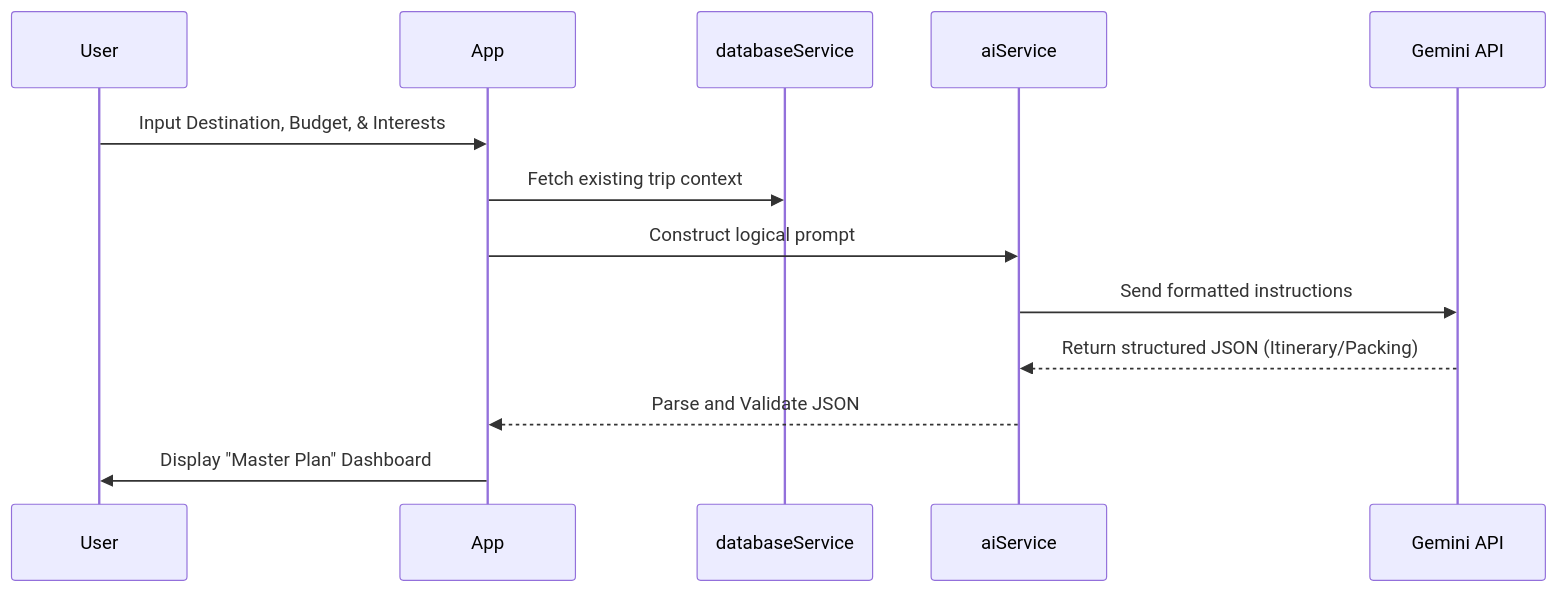
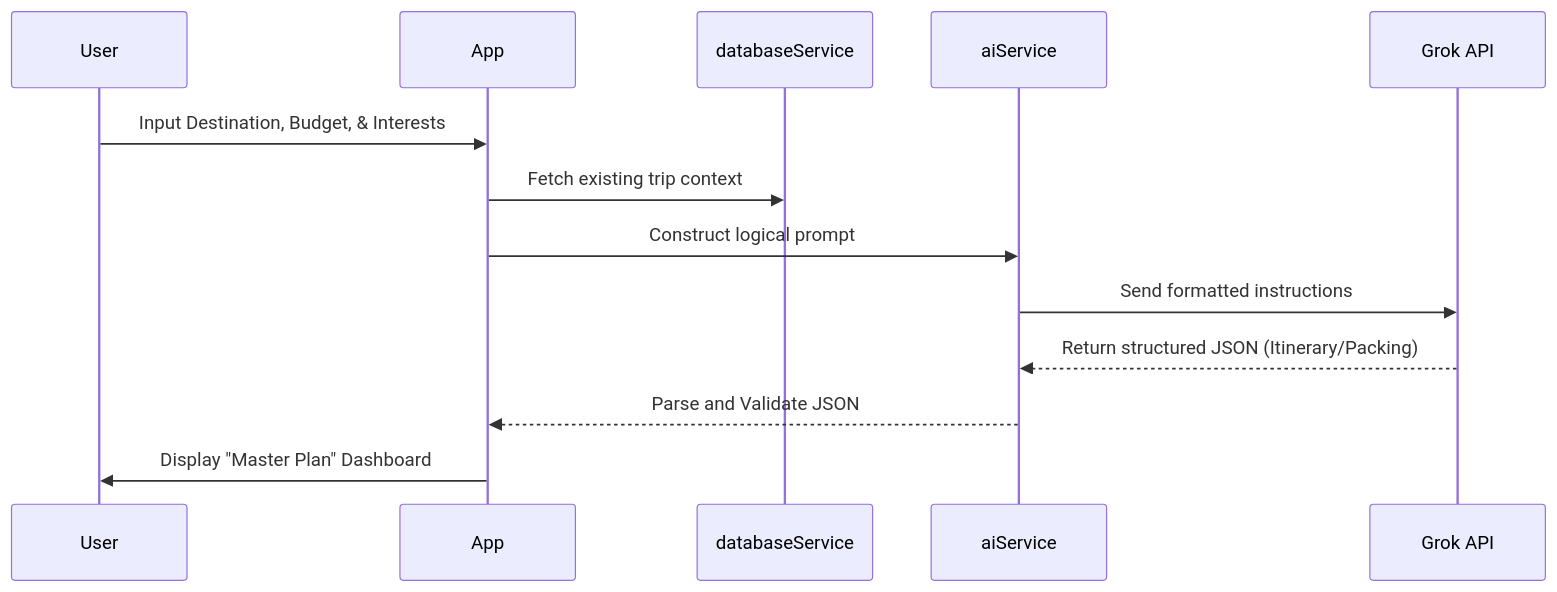
One commit to praneeth132006/PlanWitch changed the second of 2 diagrams in README.md. Above: the diagram before and after it, drawn with Mermaid. The commit also changed other lines of this file and 11 other files, not shown here.

First line of the commit message:
fix: shift temporarily to grok api (#57)

````diff
--- a/README.md
+++ b/README.md
@@ -113,16 +113,16 @@
 ```mermaid
 sequenceDiagram
     participant User
     participant App
     participant databaseService
     participant aiService
-    participant Gemini API
+    participant Grok API
 
     User->>App: Input Destination, Budget, & Interests
     App->>databaseService: Fetch existing trip context
     App->>aiService: Construct logical prompt
-    aiService->>Gemini API: Send formatted instructions
-    Gemini API-->>aiService: Return structured JSON (Itinerary/Packing)
+    aiService->>Grok API: Send formatted instructions
+    Grok API-->>aiService: Return structured JSON (Itinerary/Packing)
     aiService-->>App: Parse and Validate JSON
     App->>User: Display "Master Plan" Dashboard
 ```
````
